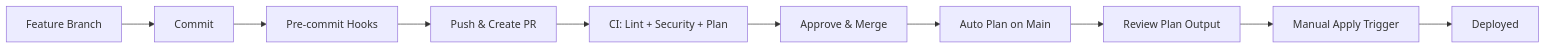
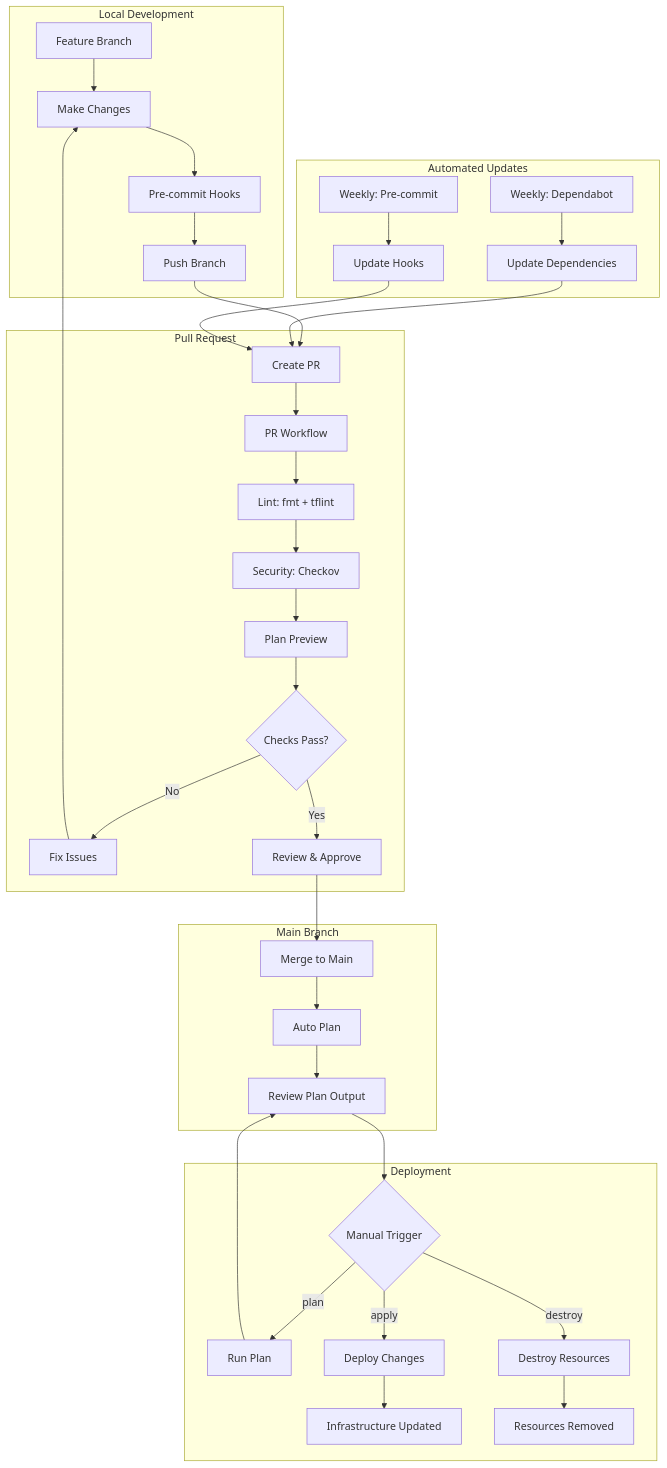
The diagram in docs/architecture.md (gamaware/aws-organization-governance), drawn with Mermaid before and after one commit. The commit also changed other lines of this file and 3 other files, not shown here.

````diff
--- a/docs/architecture.md
+++ b/docs/architecture.md
@@ -104,12 +104,43 @@
 ```mermaid
-graph LR
-    A[Feature Branch] --> B[Commit]
-    B --> C[Pre-commit Hooks]
-    C --> D[Push & Create PR]
-    D --> E[CI: Lint + Security + Plan]
-    E --> F[Approve & Merge]
-    F --> G[Auto Plan on Main]
-    G --> H[Review Plan Output]
-    H --> I[Manual Apply Trigger]
-    I --> J[Deployed]
+graph TB
+    subgraph "Local Development"
+        A[Feature Branch] --> B[Make Changes]
+        B --> C[Pre-commit Hooks]
+        C --> D[Push Branch]
+    end
+
+    subgraph "Pull Request"
+        D --> E[Create PR]
+        E --> F[PR Workflow]
+        F --> G[Lint: fmt + tflint]
+        G --> H[Security: Checkov]
+        H --> I[Plan Preview]
+        I --> J{Checks Pass?}
+        J -->|No| K[Fix Issues]
+        K --> B
+        J -->|Yes| L[Review & Approve]
+    end
+
+    subgraph "Main Branch"
+        L --> M[Merge to Main]
+        M --> N[Auto Plan]
+        N --> O[Review Plan Output]
+    end
+
+    subgraph "Deployment"
+        O --> P{Manual Trigger}
+        P -->|plan| Q[Run Plan]
+        P -->|apply| R[Deploy Changes]
+        P -->|destroy| S[Destroy Resources]
+        Q --> O
+        R --> T[Infrastructure Updated]
+        S --> U[Resources Removed]
+    end
+
+    subgraph "Automated Updates"
+        V[Weekly: Dependabot] --> W[Update Dependencies]
+        X[Weekly: Pre-commit] --> Y[Update Hooks]
+        W --> E
+        Y --> E
+    end
 ```
````
